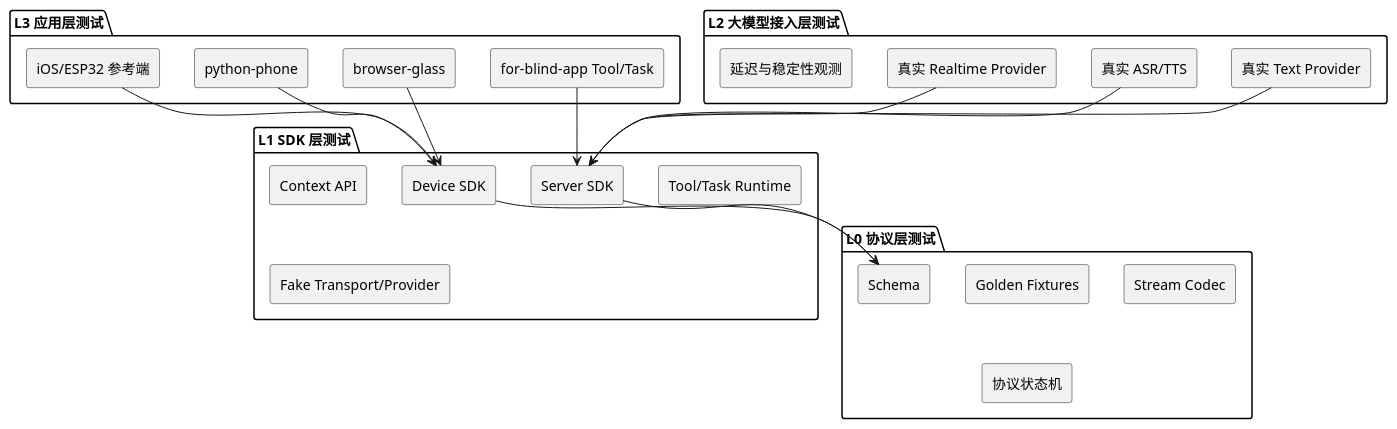
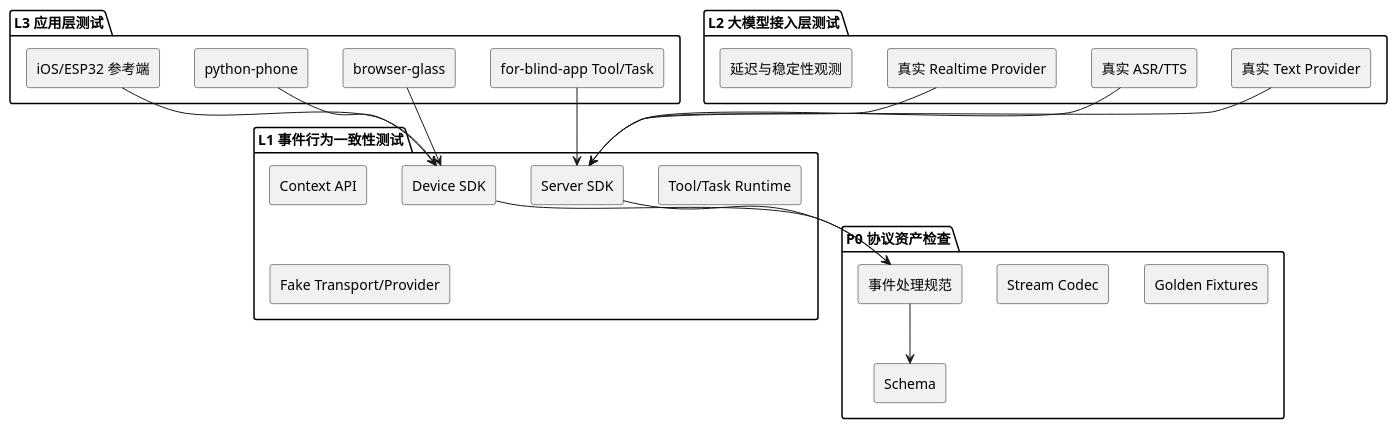
The diagram in docs/internal/regression-test-strategy.md (HengeLiu/RealtimeAgent), drawn with PlantUML before and after one commit. The commit also changed other lines of this file and 231 other files, not shown here.

````diff
--- a/docs/internal/regression-test-strategy.md
+++ b/docs/internal/regression-test-strategy.md
@@ -34,44 +49,45 @@
 ```plantuml
 @startuml
 skinparam componentStyle rectangle
 
 package "L3 应用层测试" {
   [for-blind-app Tool/Task]
   [browser-glass]
   [python-phone]
   [iOS/ESP32 参考端]
 }
 
 package "L2 大模型接入层测试" {
   [真实 Text Provider]
   [真实 ASR/TTS]
   [真实 Realtime Provider]
   [延迟与稳定性观测]
 }
 
-package "L1 SDK 层测试" {
+package "L1 事件行为一致性测试" {
   [Server SDK]
   [Device SDK]
   [Context API]
   [Tool/Task Runtime]
   [Fake Transport/Provider]
 }
 
-package "L0 协议层测试" {
+package "P0 协议资产检查" {
   [Schema]
   [Golden Fixtures]
   [Stream Codec]
-  [协议状态机]
+  [事件处理规范]
 }
 
 [for-blind-app Tool/Task] --> [Server SDK]
 [browser-glass] --> [Device SDK]
 [python-phone] --> [Device SDK]
 [iOS/ESP32 参考端] --> [Device SDK]
-[Server SDK] --> [Schema]
-[Device SDK] --> [Schema]
+[Server SDK] --> [事件处理规范]
+[Device SDK] --> [事件处理规范]
+[事件处理规范] --> [Schema]
 [真实 Text Provider] --> [Server SDK]
 [真实 ASR/TTS] --> [Server SDK]
 [真实 Realtime Provider] --> [Server SDK]
 @enduml
 ```
````
